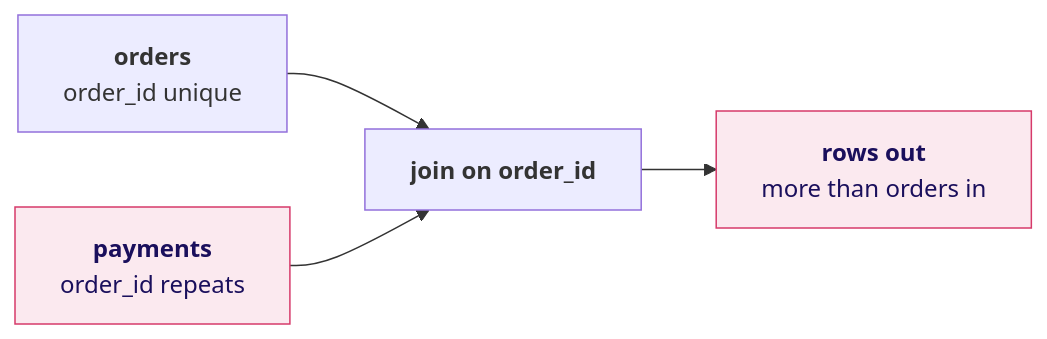
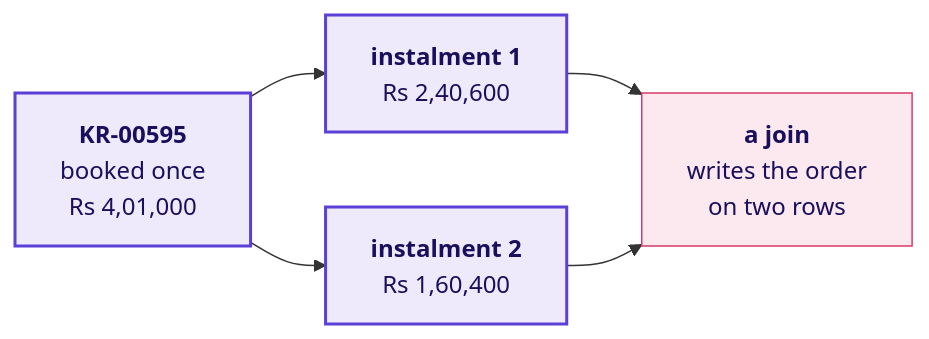
Before and after one commit to fde-academy-lab/c2-content-factory: the eighth of 25 diagrams in content/W02/D2/slides/C2_W02_D02_half1_STUDENT.md, drawn with Mermaid. The commit also changed other lines of this file and 11 other files, not shown here.

````diff
--- a/content/W02/D2/slides/C2_W02_D02_half1_STUDENT.md
+++ b/content/W02/D2/slides/C2_W02_D02_half1_STUDENT.md
@@ -288,10 +654,11 @@
 ```mermaid
 flowchart LR
-    O["<b>orders</b><br/>order_id unique"] --> J["<b>join on order_id</b>"]
-    P["<b>payments</b><br/>order_id repeats"] --> J
-    J --> R["<b>rows out</b><br/>more than orders in"]
+    B["<b>KR-00595</b><br/>booked once<br/>Rs 4,01,000"] --> I1["<b>instalment 1</b><br/>Rs 2,40,600"]
+    B --> I2["<b>instalment 2</b><br/>Rs 1,60,400"]
+    I1 --> J["<b>a join</b><br/>writes the order<br/>on two rows"]
+    I2 --> J
     classDef known fill:#EEEAFB,stroke:#5B3FD6,color:#1A0F5C,stroke-width:2px
     classDef bad fill:#FBE9EF,stroke:#D63A6A,color:#1A0F5C
-    classDef unknown fill:#FFFFFF,stroke:#B8B2D6,color:#6B6690,stroke-dasharray:4 3
-    class P,R bad
+    class B,I1,I2 known
+    class J bad
 ```
````
